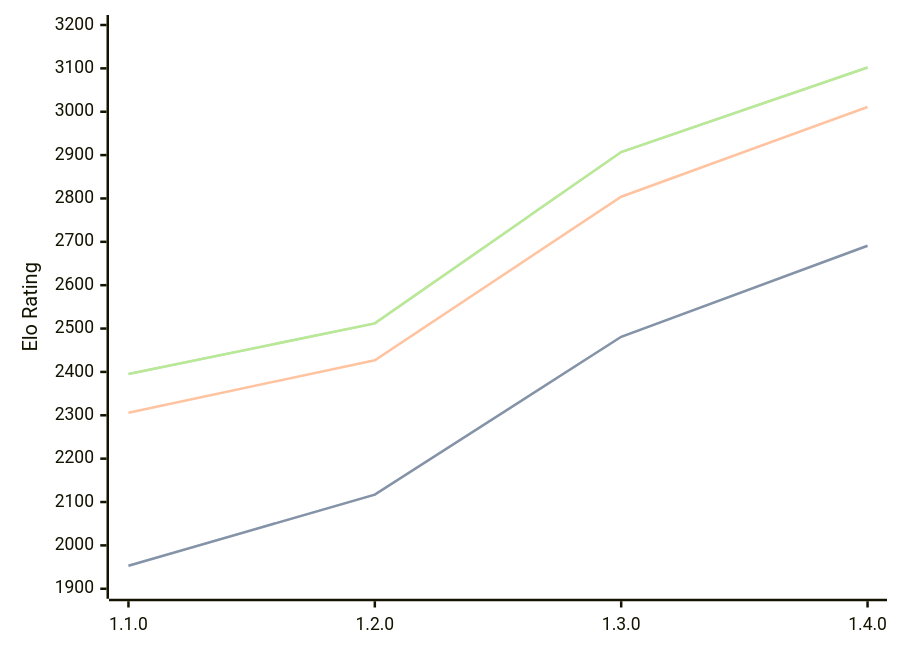
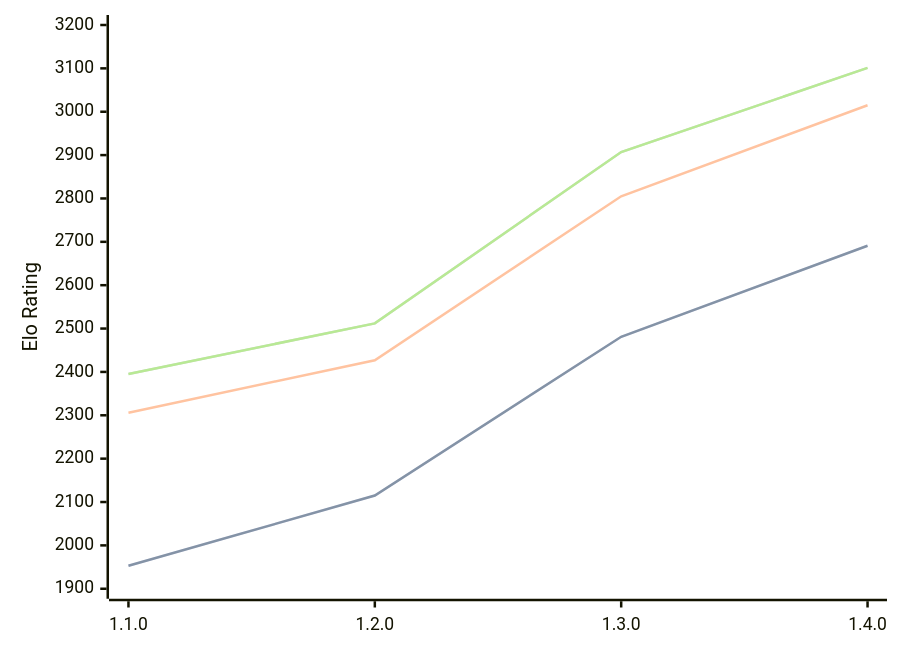
The third of 3 diagrams in engines/Gyatso.md (computer-chess-index/cci), drawn with Mermaid before and after one commit. The commit also changed other lines of this file, not shown here.

Commit message:
Update CCI Ratings (ELO VLTC) - 2026-06-21

````diff
--- a/engines/Gyatso.md
+++ b/engines/Gyatso.md
@@ -68,11 +68,11 @@
 ```mermaid
 %%{init: {"theme":"base","themeVariables":{"seriesColors:['#a3a3a3','#222221','#faa371']}}}%%
 xychart-beta
   x-axis ["1.1.0", "1.2.0", "1.3.0", "1.4.0"]
   y-axis "Elo Rating" 1900 --> 3200
-  line "STC (8.0+0.08s)" [1953, 2117, 2481, 2691]
-  line "STC (8.0+0.08s)" [1953, 2117, 2481, 2691]
-  line "LTC (60.0+0.60s)" [2306, 2427, 2804, 3011]
-  line "VLTC (2m24s+1.12s)" [2395, 2512, 2907, 3102]
-  line "VLTC (2m24s+1.12s)" [2395, 2512, 2907, 3102]
+  line "STC (8.0+0.08s)" [1953, 2115, 2481, 2691]
+  line "STC (8.0+0.08s)" [1953, 2115, 2481, 2691]
+  line "LTC (60.0+0.60s)" [2306, 2427, 2805, 3015]
+  line "VLTC (2m24s+1.12s)" [2395, 2512, 2907, 3101]
+  line "VLTC (2m24s+1.12s)" [2395, 2512, 2907, 3101]
 ```
````
